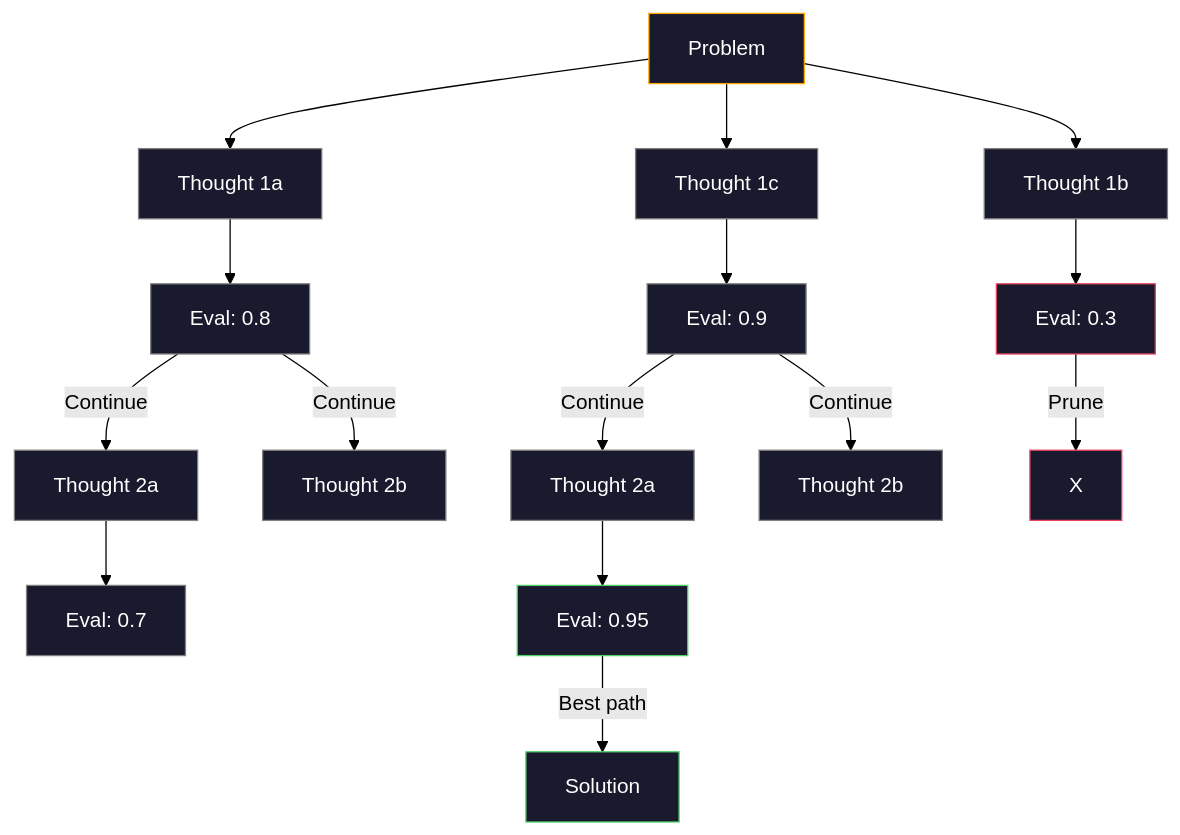
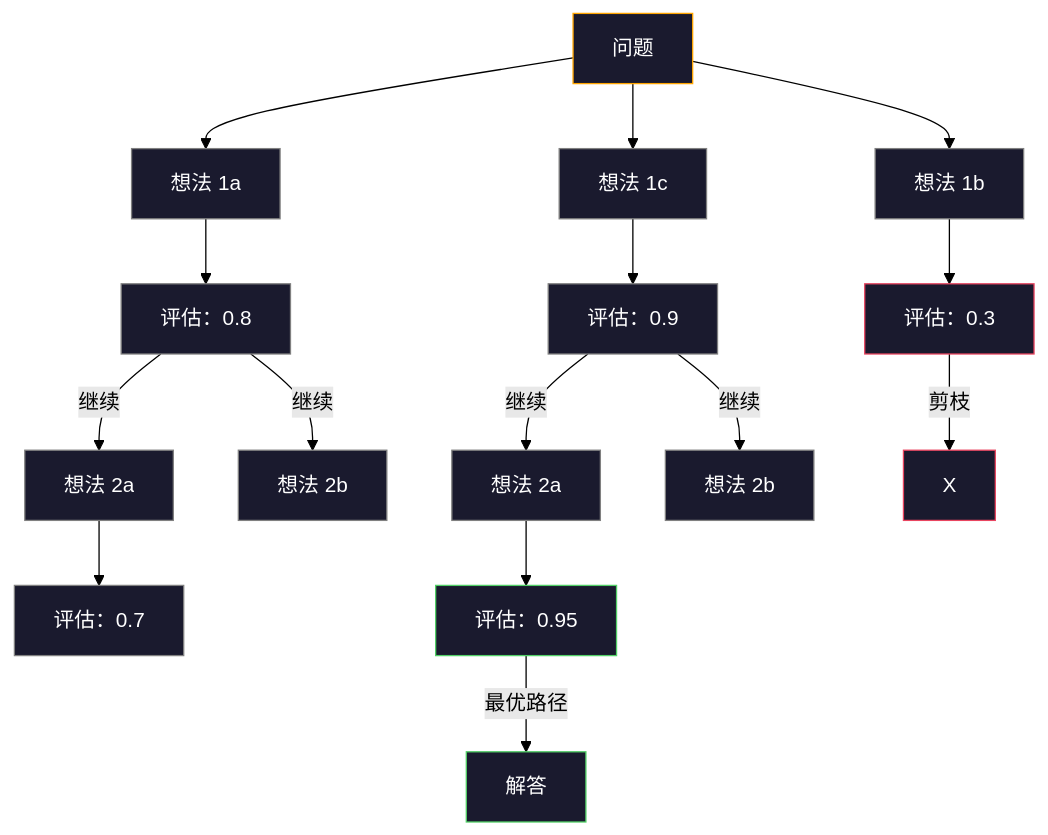
The fourth of 6 diagrams in phases/11-llm-engineering/02-few-shot-cot/docs/zh.md (alessandrodinisio-ai/ai-engineering-learning-framework), drawn with Mermaid (forest theme) before and after one commit. The commit also changed other lines of this file and 120 other files, not shown here.

First line of the commit message:
i18n(mermaid): 337 个 mermaid 图表标签中文化

````diff
--- a/phases/11-llm-engineering/02-few-shot-cot/docs/zh.md
+++ b/phases/11-llm-engineering/02-few-shot-cot/docs/zh.md
@@ -147,38 +147,38 @@
 ```mermaid
 graph TD
-    Root["Problem"] --> B1["Thought 1a"]
-    Root --> B2["Thought 1b"]
-    Root --> B3["Thought 1c"]
+    Root["问题"] --> B1["想法 1a"]
+    Root --> B2["想法 1b"]
+    Root --> B3["想法 1c"]
 
-    B1 --> E1["Eval: 0.8"]
-    B2 --> E2["Eval: 0.3"]
-    B3 --> E3["Eval: 0.9"]
+    B1 --> E1["评估：0.8"]
+    B2 --> E2["评估：0.3"]
+    B3 --> E3["评估：0.9"]
 
-    E1 -->|Continue| B1a["Thought 2a"]
-    E1 -->|Continue| B1b["Thought 2b"]
-    E3 -->|Continue| B3a["Thought 2a"]
-    E3 -->|Continue| B3b["Thought 2b"]
+    E1 -->|继续| B1a["想法 2a"]
+    E1 -->|继续| B1b["想法 2b"]
+    E3 -->|继续| B3a["想法 2a"]
+    E3 -->|继续| B3b["想法 2b"]
 
-    E2 -->|Prune| X["X"]
+    E2 -->|剪枝| X["X"]
 
-    B1a --> E4["Eval: 0.7"]
-    B3a --> E5["Eval: 0.95"]
+    B1a --> E4["评估：0.7"]
+    B3a --> E5["评估：0.95"]
 
-    E5 -->|Best path| Final["Solution"]
+    E5 -->|最优路径| Final["解答"]
 
     style Root fill:#1a1a2e,stroke:#ffa500,color:#fff
     style E2 fill:#1a1a2e,stroke:#e94560,color:#fff
     style X fill:#1a1a2e,stroke:#e94560,color:#fff
     style E5 fill:#1a1a2e,stroke:#51cf66,color:#fff
     style Final fill:#1a1a2e,stroke:#51cf66,color:#fff
     style B1 fill:#1a1a2e,stroke:#808080,color:#fff
     style B2 fill:#1a1a2e,stroke:#808080,color:#fff
     style B3 fill:#1a1a2e,stroke:#808080,color:#fff
     style B1a fill:#1a1a2e,stroke:#808080,color:#fff
     style B1b fill:#1a1a2e,stroke:#808080,color:#fff
     style B3a fill:#1a1a2e,stroke:#808080,color:#fff
     style B3b fill:#1a1a2e,stroke:#808080,color:#fff
     style E1 fill:#1a1a2e,stroke:#808080,color:#fff
     style E3 fill:#1a1a2e,stroke:#808080,color:#fff
     style E4 fill:#1a1a2e,stroke:#808080,color:#fff
 ```
````
